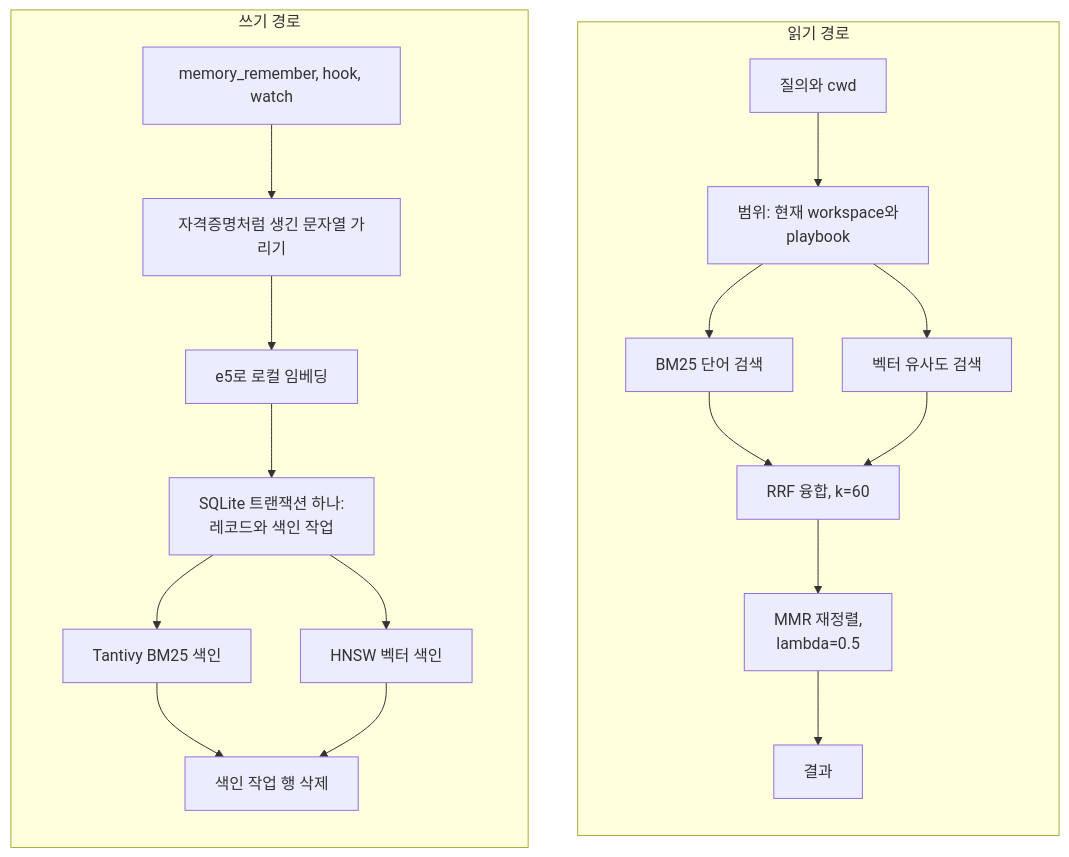
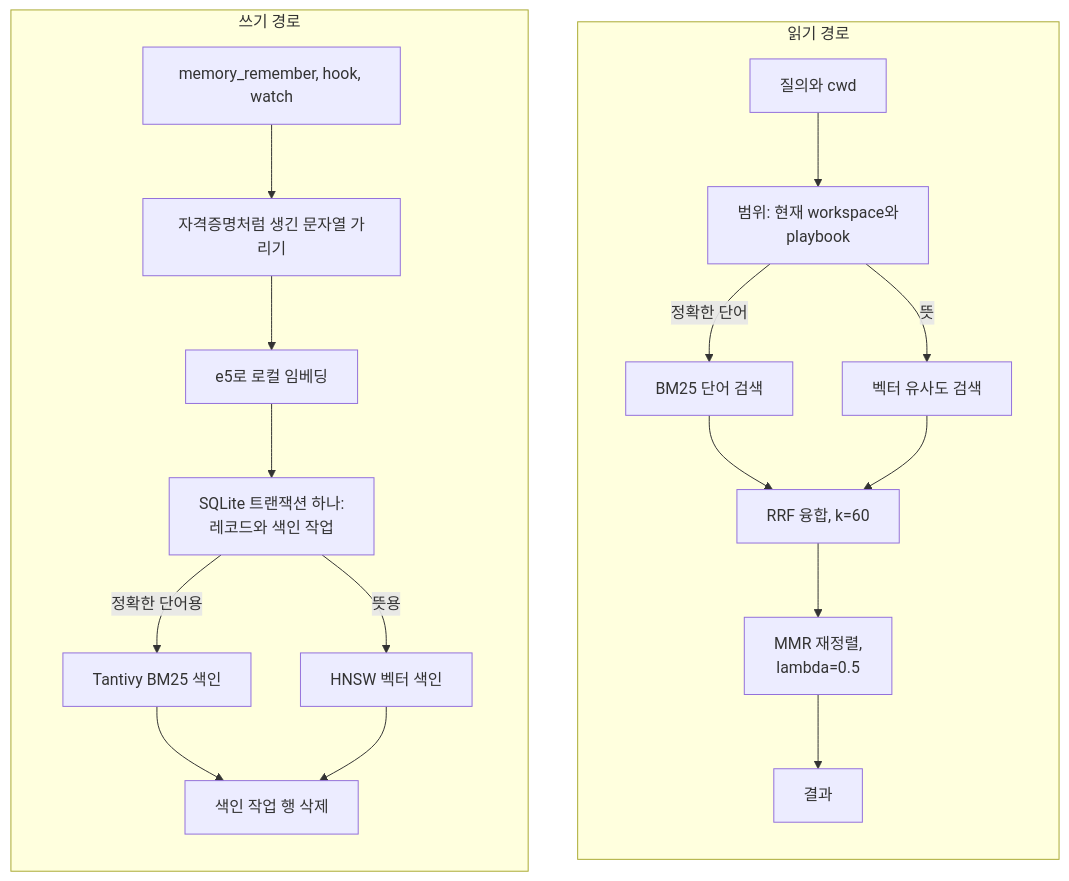
One commit to Blue-B/memnest changed the first of 2 diagrams in README.ko.md. Above: the diagram before and after it, drawn with Mermaid. The commit also changed other lines of this file and 24 other files, not shown here.

````diff
--- a/README.ko.md
+++ b/README.ko.md
@@ -31,24 +31,24 @@
 ```mermaid
 flowchart TD
     subgraph read["읽기 경로"]
         direction TB
         R1["질의와 cwd"] --> R2["범위: 현재 workspace와<br/>playbook"]
-        R2 --> R3["BM25 단어 검색"]
-        R2 --> R4["벡터 유사도 검색"]
+        R2 -->|"정확한 단어"| R3["BM25 단어 검색"]
+        R2 -->|"뜻"| R4["벡터 유사도 검색"]
         R3 --> R5["RRF 융합, k=60"]
         R4 --> R5
         R5 --> R6["MMR 재정렬,<br/>lambda=0.5"]
         R6 --> R7["결과"]
     end
 
     subgraph write["쓰기 경로"]
         direction TB
         W1["memory_remember, hook, watch"] --> W2["자격증명처럼 생긴 문자열 가리기"]
         W2 --> W3["e5로 로컬 임베딩"]
         W3 --> W4["SQLite 트랜잭션 하나:<br/>레코드와 색인 작업"]
-        W4 --> W5["Tantivy BM25 색인"]
-        W4 --> W6["HNSW 벡터 색인"]
+        W4 -->|"정확한 단어용"| W5["Tantivy BM25 색인"]
+        W4 -->|"뜻용"| W6["HNSW 벡터 색인"]
         W5 --> W7["색인 작업 행 삭제"]
         W6 --> W7
     end
 ```
````
